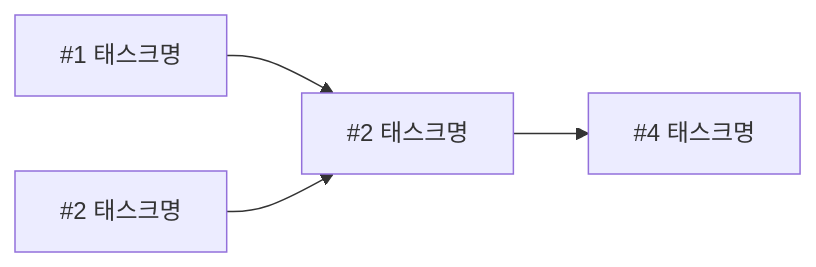
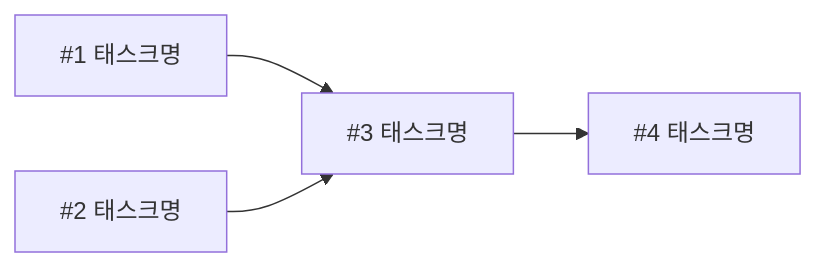
The diagram in docs/week-05.md (Junseok626/aix-2026f-team12), drawn with Mermaid before and after one commit.

Commit message:
mermaid test.md

````diff
--- a/docs/week-05.md
+++ b/docs/week-05.md
@@ -47,6 +47,6 @@
 ```mermaid
 graph LR
   T1["#1 태스크명"] --> T3["#3 태스크명"]
   T2["#2 태스크명"] --> T3
-  T3["#2 태스크명"] --> T4["#4 태스크명"]
+  T3["#3 태스크명"] --> T4["#4 태스크명"]
 ```
````
